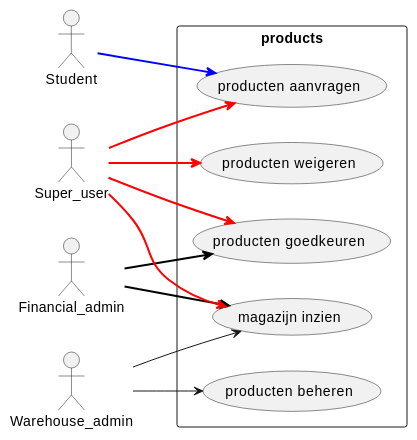
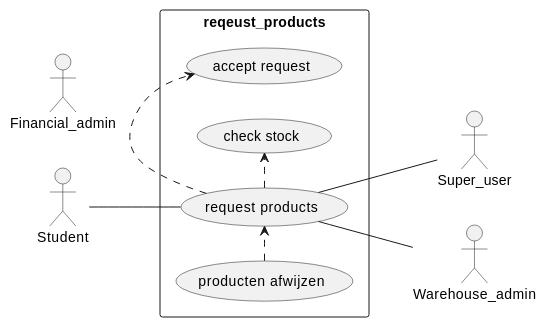
Before and after one commit to T-S43/Magazijn-project-J-2-S-2: the diagram in test.md, drawn with PlantUML. The commit also changed 4 other files, not shown here.

```diff
--- a/test.md
+++ b/test.md
@@ -1,19 +1,16 @@
 @startuml
 left to right direction
 skinparam packageStyle rectangle
 actor Super_user
 actor Student
 actor Warehouse_admin
 actor Financial_admin
-rectangle products {
-Super_user --> (producten aanvragen) #line:red;line.bold;text:red
-Super_user --> (producten goedkeuren) #line:red;line.bold;text:red
-Super_user --> (producten weigeren) #line:red;line.bold;text:red
-Student --> (producten aanvragen) #line:blue;line.bold;text:blue
-Financial_admin --> (producten goedkeuren) #line:black;line.bold;text:black
-Warehouse_admin --> (producten beheren)
-Warehouse_admin --> (magazijn inzien)
-Financial_admin --> (magazijn inzien) #line:black;line.bold;text:black
-Super_user --> (magazijn inzien) #line:red;line.bold;text:red
+rectangle reqeust_products {
+Student -- (request products)
+(request products) .> (accept request)
+(request products) .> (check stock)
+(producten afwijzen) .> (request products)
+(request products) -- Warehouse_admin
+(request products) -- Super_user
 }
 @enduml
```
